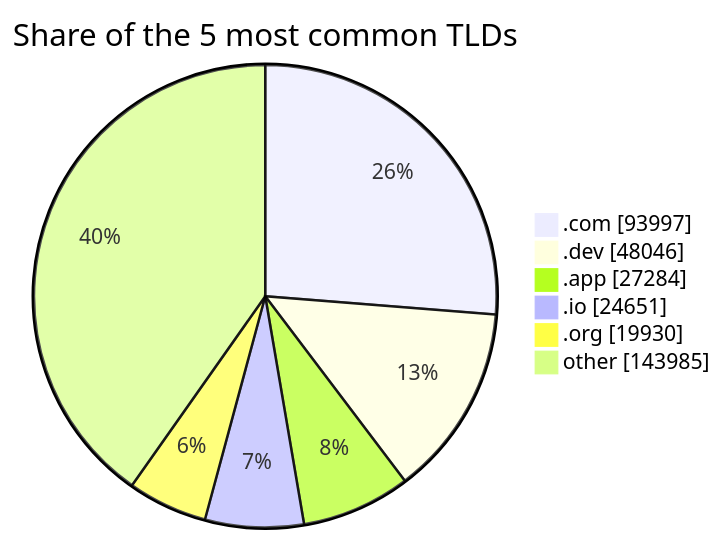
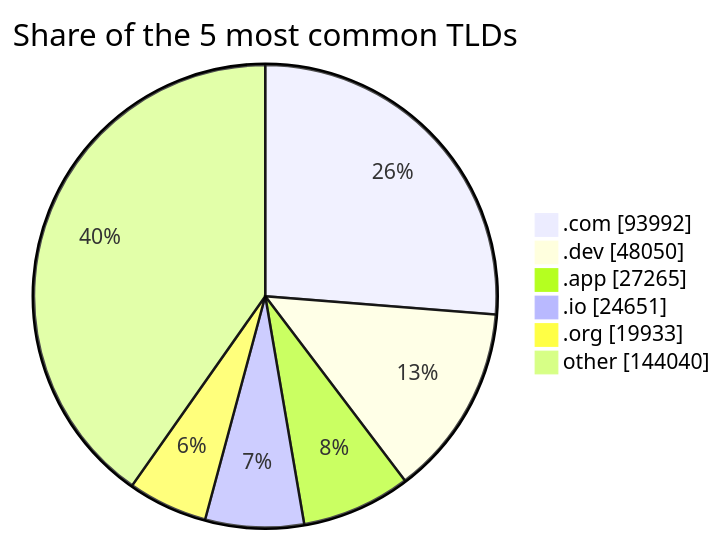
Before and after one commit to DNSBunker/CTI: the third of 3 diagrams in README.md, drawn with Mermaid. The commit also changed other lines of this file and 3 other files, not shown here.

````diff
--- a/README.md
+++ b/README.md
@@ -81,9 +81,9 @@
 ```mermaid
 pie showData title Share of the 5 most common TLDs
-    ".com" : 93997
-    ".dev" : 48046
-    ".app" : 27284
+    ".com" : 93992
+    ".dev" : 48050
+    ".app" : 27265
     ".io" : 24651
-    ".org" : 19930
-    "other" : 143985
+    ".org" : 19933
+    "other" : 144040
 ```
````
